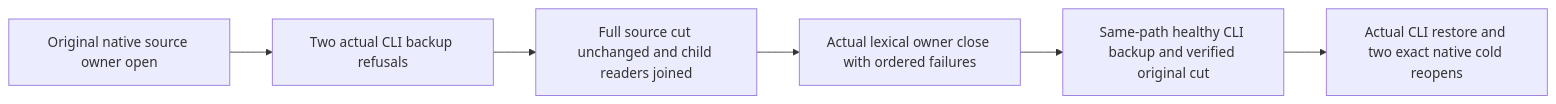
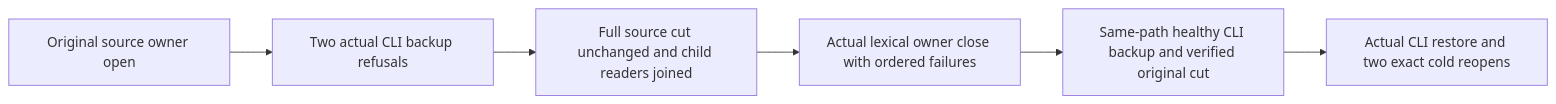
The sixth of 13 diagrams in docs/Features/BackupRestore.md (managedcode/KeyLoad), drawn with Mermaid before and after one commit. The commit also changed other lines of this file and 9016 other files, not shown here.

````diff
--- a/docs/Features/BackupRestore.md
+++ b/docs/Features/BackupRestore.md
@@ -265,8 +265,8 @@
 ```mermaid
 flowchart LR
-  A[Original native source owner open] --> B[Two actual CLI backup refusals]
+  A[Original source owner open] --> B[Two actual CLI backup refusals]
   B --> C[Full source cut unchanged and child readers joined]
   C --> D[Actual lexical owner close with ordered failures]
   D --> E[Same-path healthy CLI backup and verified original cut]
-  E --> F[Actual CLI restore and two exact native cold reopens]
+  E --> F[Actual CLI restore and two exact cold reopens]
 ```
````
